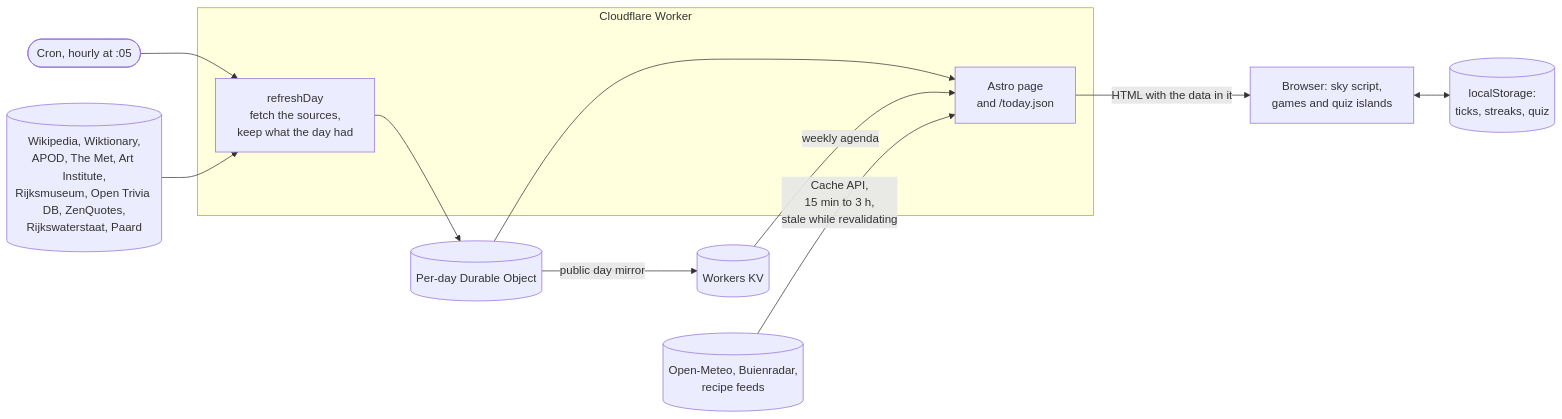
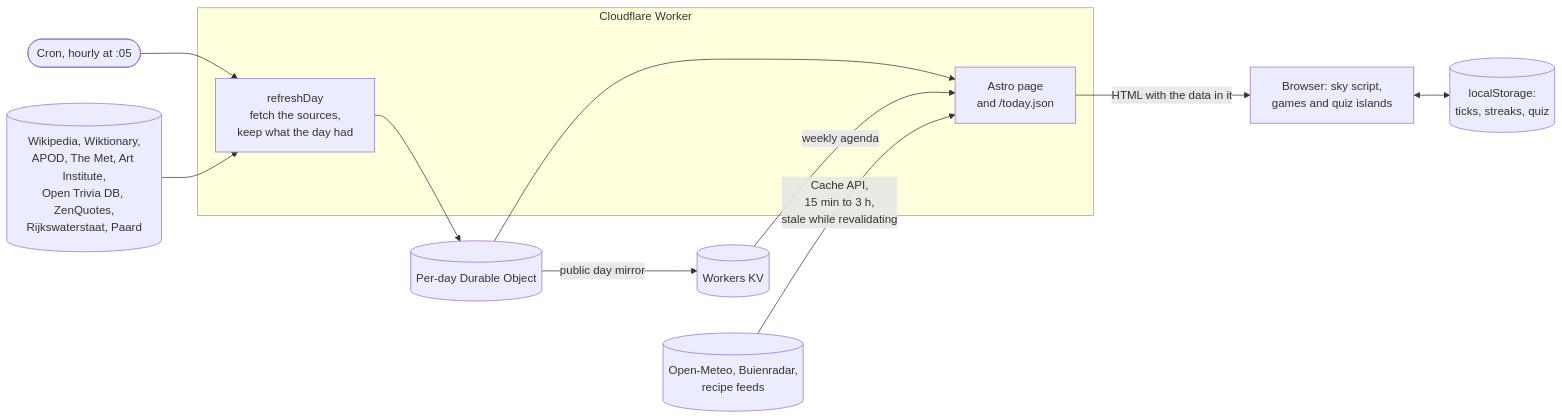
The diagram in README.md (simonvanlierde/duinlab-today), drawn with Mermaid before and after one commit. The commit also changed other lines of this file and 11 other files, not shown here.

First line of the commit message:
chore(pictures): drop the Rijksmuseum from the configured sources (#54)

````diff
--- a/README.md
+++ b/README.md
@@ -30,16 +30,16 @@
 ```mermaid
 flowchart LR
   cron(["Cron, hourly at :05"]) --> build
   subgraph worker["Cloudflare Worker"]
     build["refreshDay<br/>fetch the sources,<br/>keep what the day had"]
     page["Astro page<br/>and /today.json"]
   end
-  sources[("Wikipedia, Wiktionary,<br/>APOD, The Met, Art Institute,<br/>Rijksmuseum, Open Trivia DB, ZenQuotes,<br/>Rijkswaterstaat, Paard")] --> build
+  sources[("Wikipedia, Wiktionary,<br/>APOD, The Met, Art Institute,<br/>Open Trivia DB, ZenQuotes,<br/>Rijkswaterstaat, Paard")] --> build
   build --> owner[("Per-day Durable Object")]
   owner --> page
   owner -- "public day mirror" --> kv[("Workers KV")]
   kv -- "weekly agenda" --> page
   live[("Open-Meteo, Buienradar,<br/>recipe feeds")] -- "Cache API,<br/>15 min to 3 h,<br/>stale while revalidating" --> page
   page -- "HTML with the data in it" --> browser["Browser: sky script,<br/>games and quiz islands"]
   browser <--> ls[("localStorage:<br/>ticks, streaks, quiz")]
 ```
````
